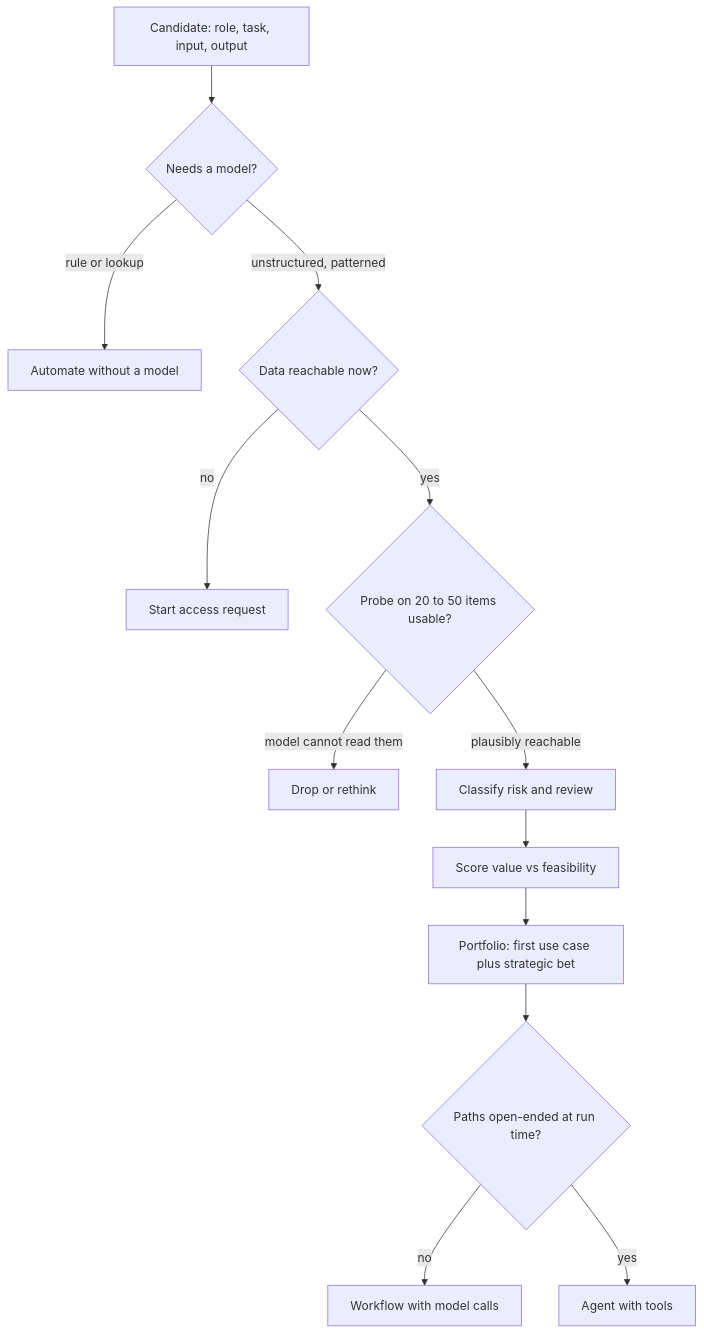
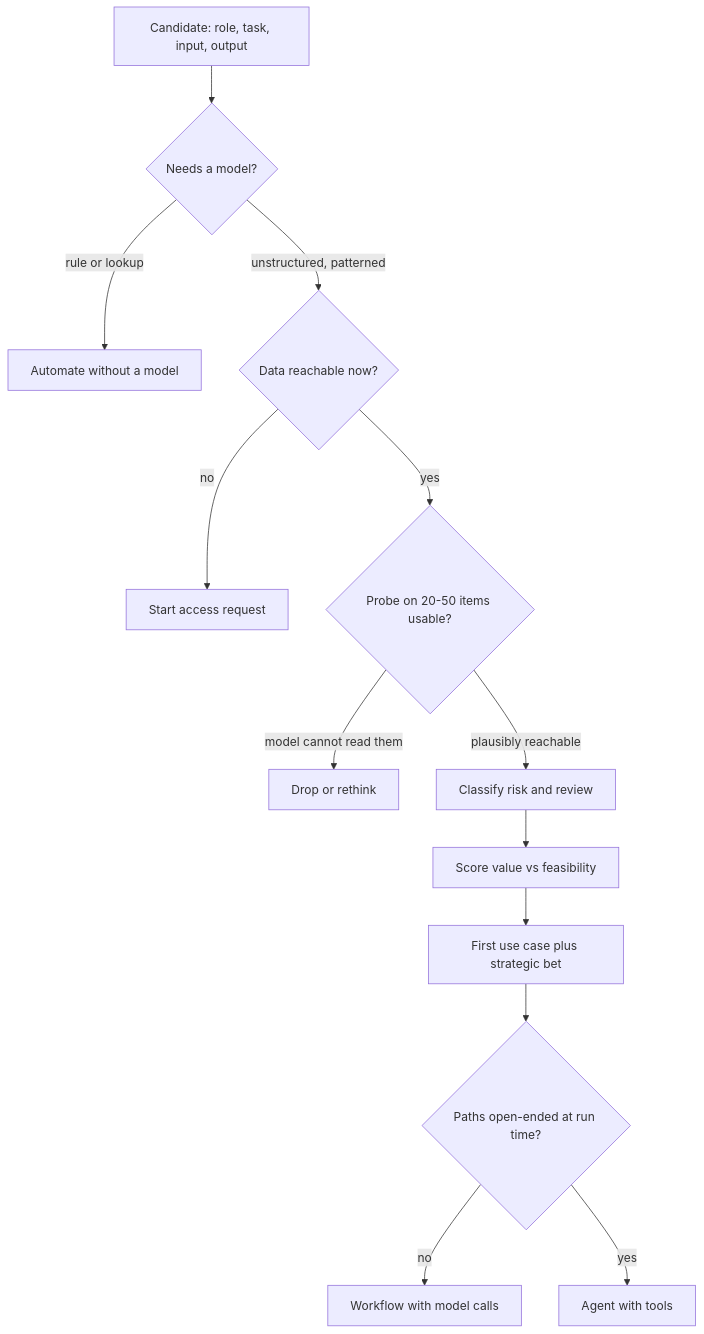
Before and after one commit to lovishmahajan97/agentic-learning: the diagram in content/scoping/ai-use-case-discovery.md, drawn with Mermaid. The commit also changed other lines of this file and 348 other files, not shown here.

````diff
--- a/content/scoping/ai-use-case-discovery.md
+++ b/content/scoping/ai-use-case-discovery.md
@@ -140,15 +141,15 @@
 ```mermaid
 flowchart TD
     C["Candidate: role, task, input, output"] --> F{"Needs a model?"}
     F -->|"rule or lookup"| A["Automate without a model"]
     F -->|"unstructured, patterned"| D{"Data reachable now?"}
     D -->|"no"| X["Start access request"]
-    D -->|"yes"| P{"Probe on 20 to 50 items usable?"}
+    D -->|"yes"| P{"Probe on 20-50 items usable?"}
     P -->|"model cannot read them"| Y["Drop or rethink"]
     P -->|"plausibly reachable"| R["Classify risk and review"]
     R --> V["Score value vs feasibility"]
-    V --> S["Portfolio: first use case plus strategic bet"]
+    V --> S["First use case plus strategic bet"]
     S --> T{"Paths open-ended at run time?"}
     T -->|"no"| W["Workflow with model calls"]
     T -->|"yes"| G["Agent with tools"]
 ```
````
